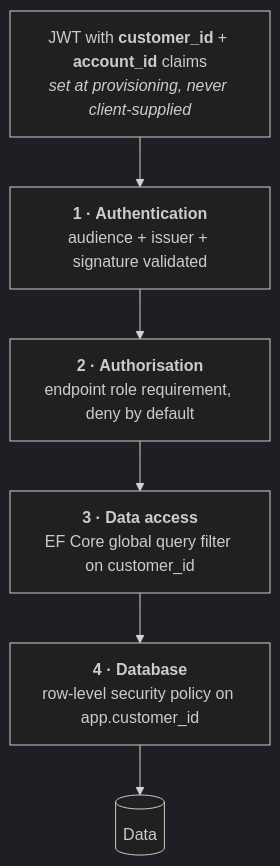
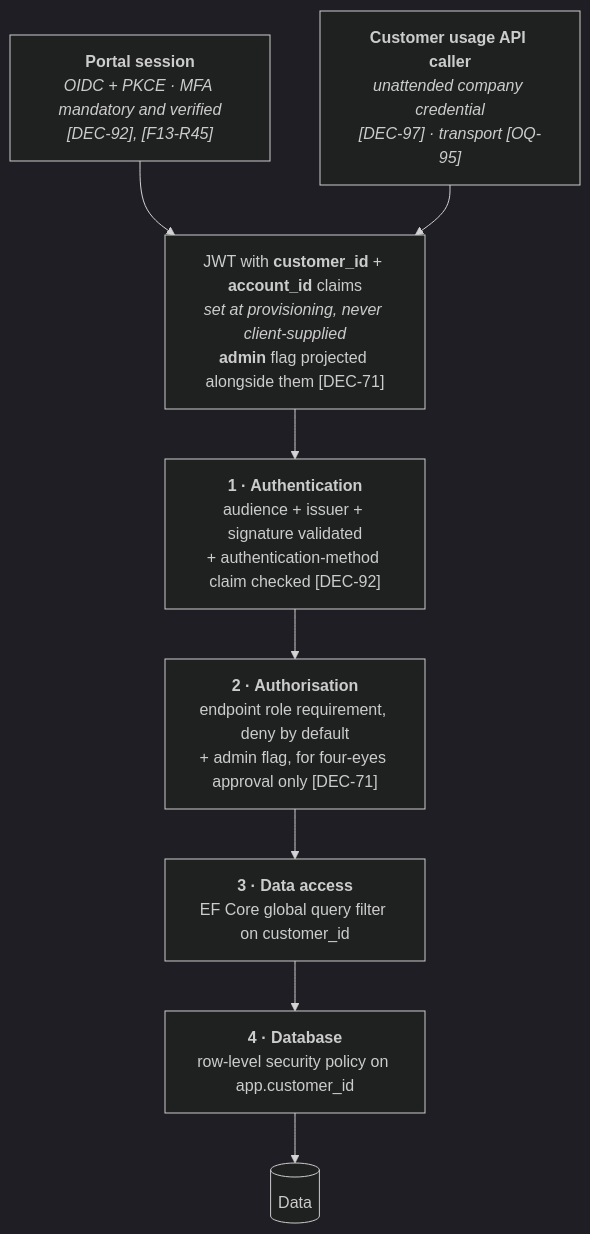
Before and after one commit to lukastosic-ifd/peakpowerspecs: the diagram in specs/20-architecture/07-security.md, drawn with Mermaid (dark theme). The commit also changed other lines of this file and 66 other files, not shown here.

````diff
--- a/specs/20-architecture/07-security.md
+++ b/specs/20-architecture/07-security.md
@@ -29,11 +54,15 @@
 ```mermaid
 flowchart TB
-    T["JWT with <b>customer_id</b> + <b>account_id</b> claims<br/><i>set at provisioning, never client-supplied</i>"]
-    L1["<b>1 · Authentication</b><br/>audience + issuer + signature validated"]
-    L2["<b>2 · Authorisation</b><br/>endpoint role requirement, deny by default"]
+    P["<b>Portal session</b><br/><i>OIDC + PKCE · MFA mandatory and verified</i><br/><i>[DEC-92], [F13-R45]</i>"]
+    U["<b>Customer usage API caller</b><br/><i>unattended company credential</i><br/><i>[DEC-97] · transport [OQ-95]</i>"]
+    T["JWT with <b>customer_id</b> + <b>account_id</b> claims<br/><i>set at provisioning, never client-supplied</i><br/><b>admin</b> flag projected alongside them [DEC-71]"]
+    L1["<b>1 · Authentication</b><br/>audience + issuer + signature validated<br/>+ authentication-method claim checked [DEC-92]"]
+    L2["<b>2 · Authorisation</b><br/>endpoint role requirement, deny by default<br/>+ admin flag, for four-eyes approval only [DEC-71]"]
     L3["<b>3 · Data access</b><br/>EF Core global query filter on customer_id"]
     L4["<b>4 · Database</b><br/>row-level security policy on app.customer_id"]
     D[("Data")]
 
+    P --> T
+    U --> T
     T --> L1 --> L2 --> L3 --> L4 --> D
 ```
````
